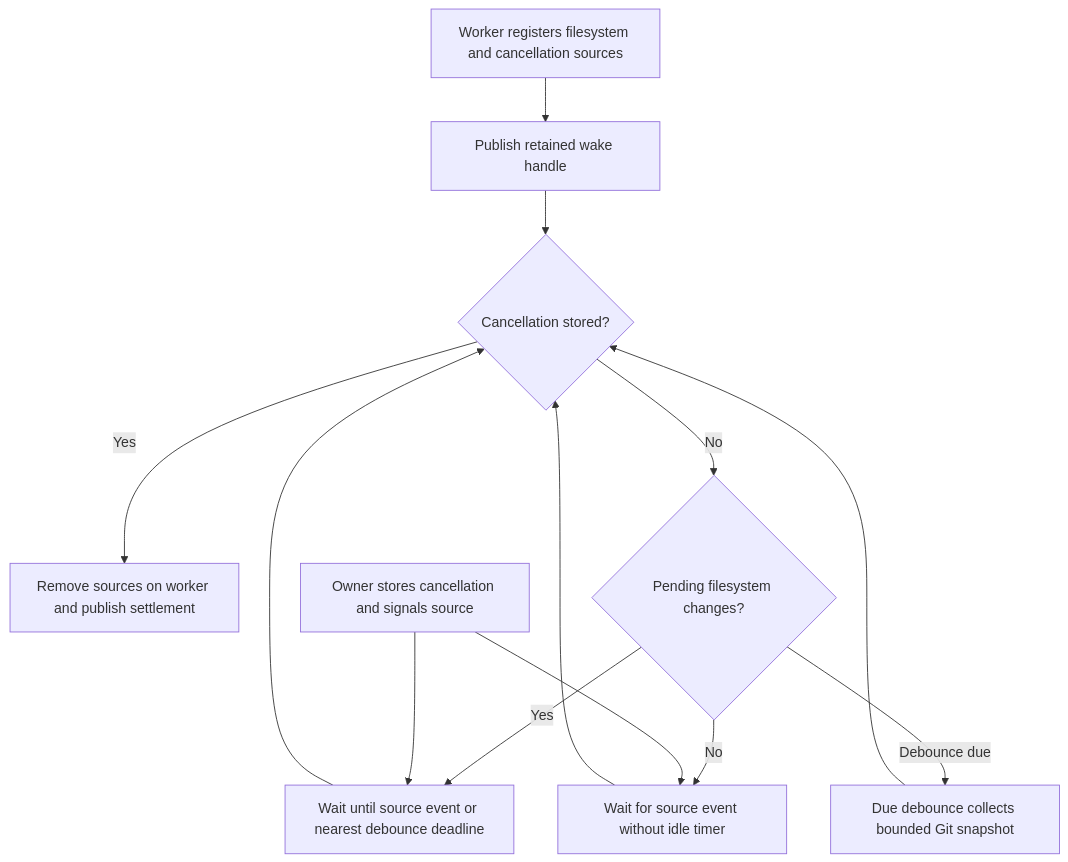
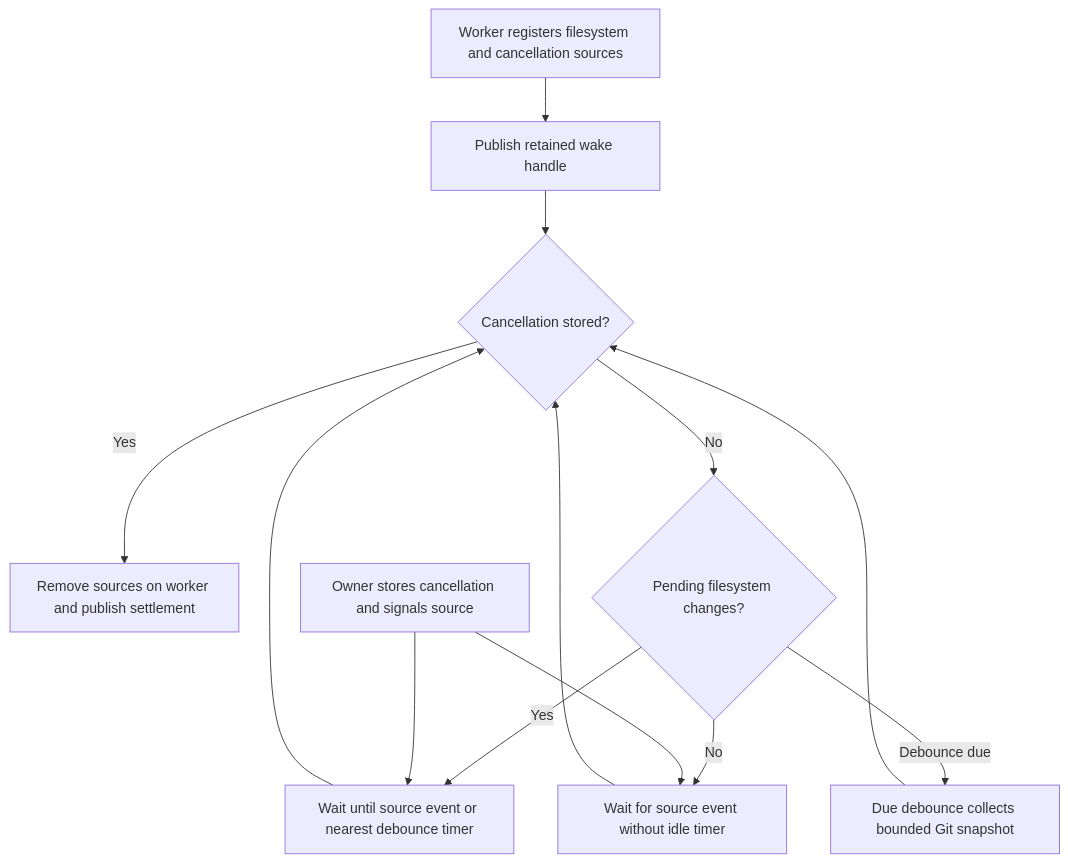
The sixth of 6 diagrams in docs/designs/event-routing.md (pidster/asura), drawn with Mermaid before and after one commit. The commit also changed other lines of this file and 39 other files, not shown here.

````diff
--- a/docs/designs/event-routing.md
+++ b/docs/designs/event-routing.md
@@ -405,15 +437,15 @@
 ```mermaid
 flowchart TD
     Create[Worker registers filesystem and cancellation sources] --> Publish[Publish retained wake handle]
     Publish --> Cancel{Cancellation stored?}
     Cancel -->|Yes| Settle[Remove sources on worker and publish settlement]
     Cancel -->|No| Dirty{Pending filesystem changes?}
-    Dirty -->|Yes| Timed[Wait until source event or nearest debounce deadline]
+    Dirty -->|Yes| Timed[Wait until source event or nearest debounce timer]
     Dirty -->|No| Idle[Wait for source event without idle timer]
     Signal[Owner stores cancellation and signals source] --> Idle
     Signal --> Timed
     Idle --> Cancel
     Timed --> Cancel
     Collect[Due debounce collects bounded Git snapshot] --> Cancel
     Dirty -->|Debounce due| Collect
 ```
````
